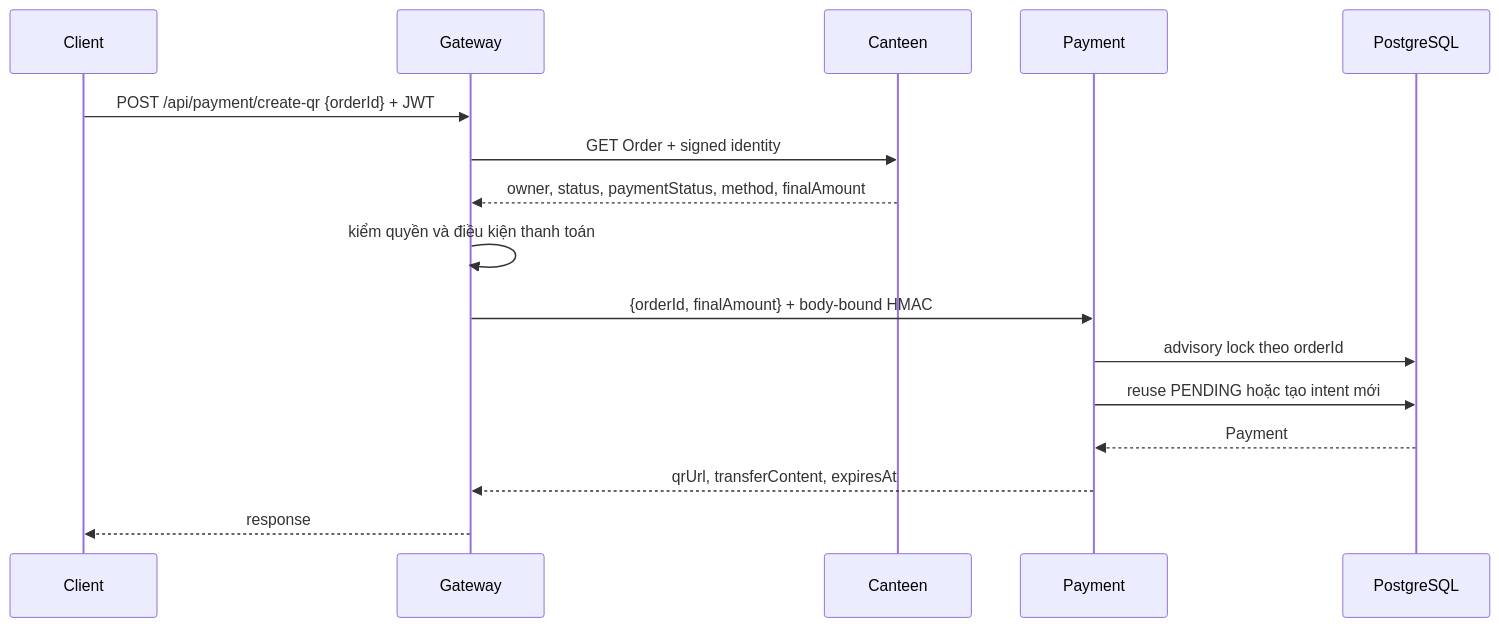
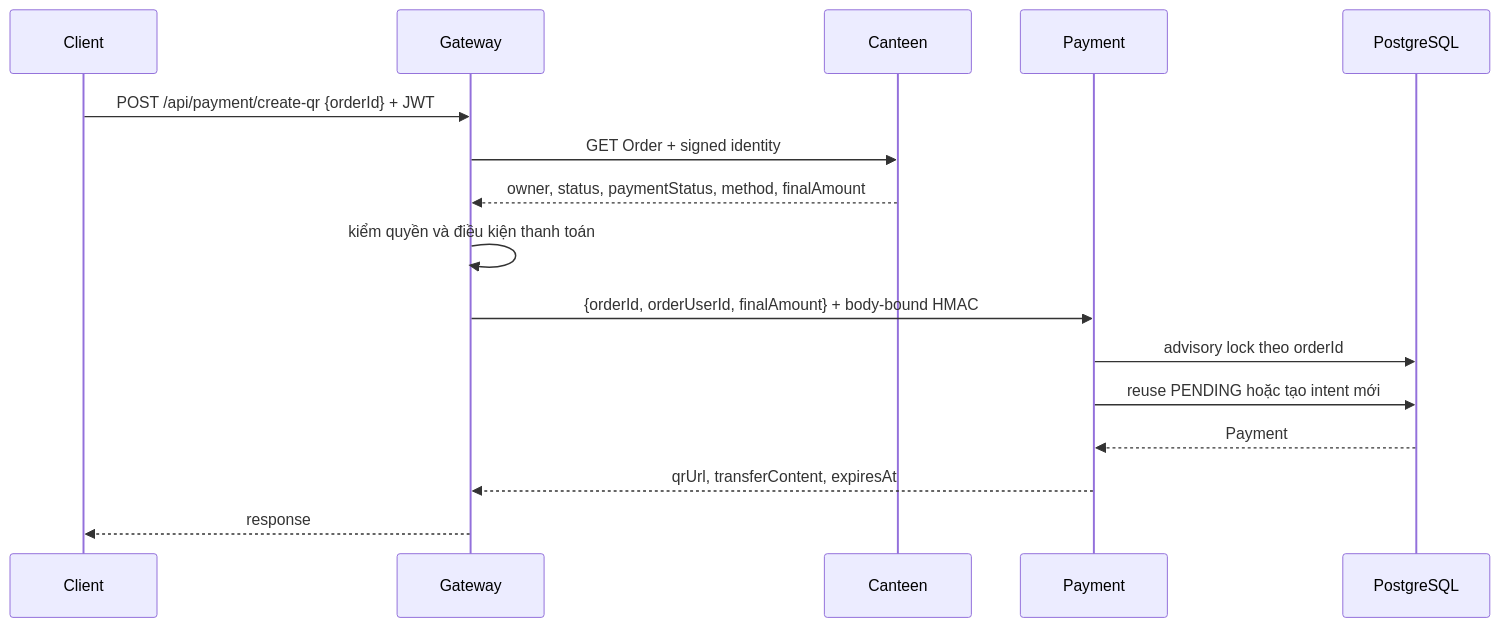
Before and after one commit to lethanh2006/PAYMENT_SERVICE: the third of 3 diagrams in PAYMENT_SERVICE_GUIDE.md, drawn with Mermaid. The commit also changed other lines of this file and 7 other files, not shown here.

````diff
--- a/PAYMENT_SERVICE_GUIDE.md
+++ b/PAYMENT_SERVICE_GUIDE.md
@@ -190,19 +190,19 @@
 ```mermaid
 sequenceDiagram
     participant U as Client
     participant G as Gateway
     participant C as Canteen
     participant P as Payment
     participant DB as PostgreSQL
 
     U->>G: POST /api/payment/create-qr {orderId} + JWT
     G->>C: GET Order + signed identity
     C-->>G: owner, status, paymentStatus, method, finalAmount
     G->>G: kiểm quyền và điều kiện thanh toán
-    G->>P: {orderId, finalAmount} + body-bound HMAC
+    G->>P: {orderId, orderUserId, finalAmount} + body-bound HMAC
     P->>DB: advisory lock theo orderId
     P->>DB: reuse PENDING hoặc tạo intent mới
     DB-->>P: Payment
     P-->>G: qrUrl, transferContent, expiresAt
     G-->>U: response
 ```
````
